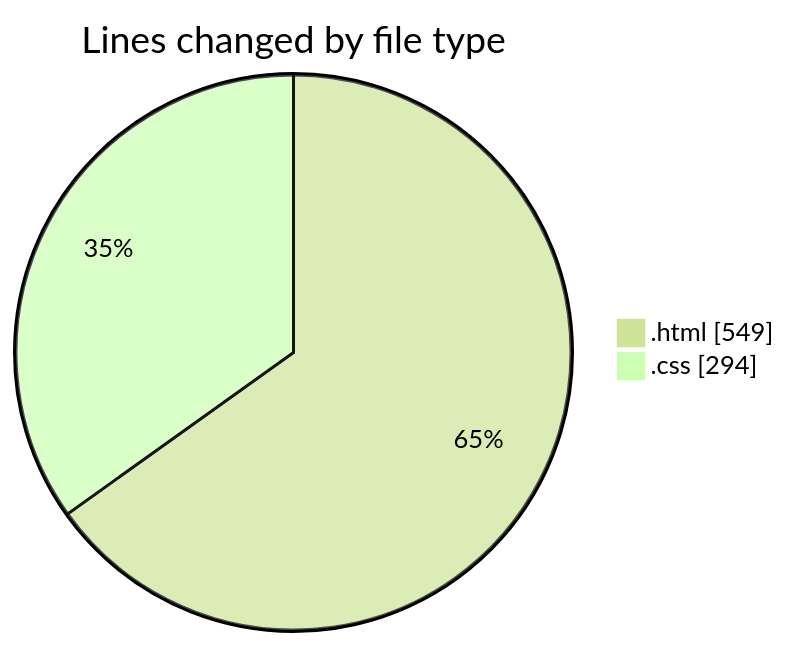
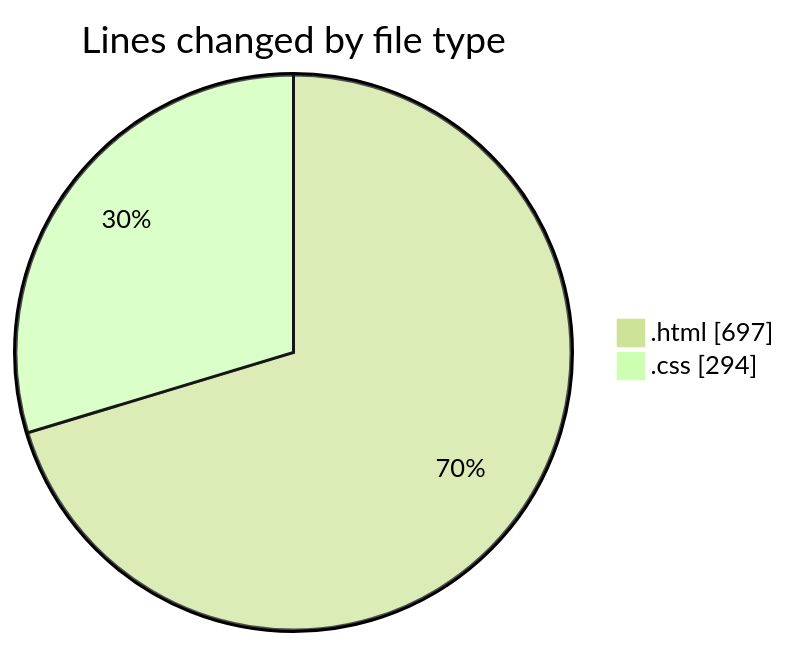
One commit to CELIANVF/code-tracking changed the first of 2 diagrams in 2025-04-15/portfolio/README.md. Above: the diagram before and after it, drawn with Mermaid (forest theme). The commit also changed other lines of this file and 1 other file, not shown here.

````diff
--- a/2025-04-15/portfolio/README.md
+++ b/2025-04-15/portfolio/README.md
@@ -21,6 +21,6 @@
 ```mermaid
 pie showData
 title Lines changed by file type
-".html" : 549
+".html" : 697
 ".css" : 294
 ```
````
